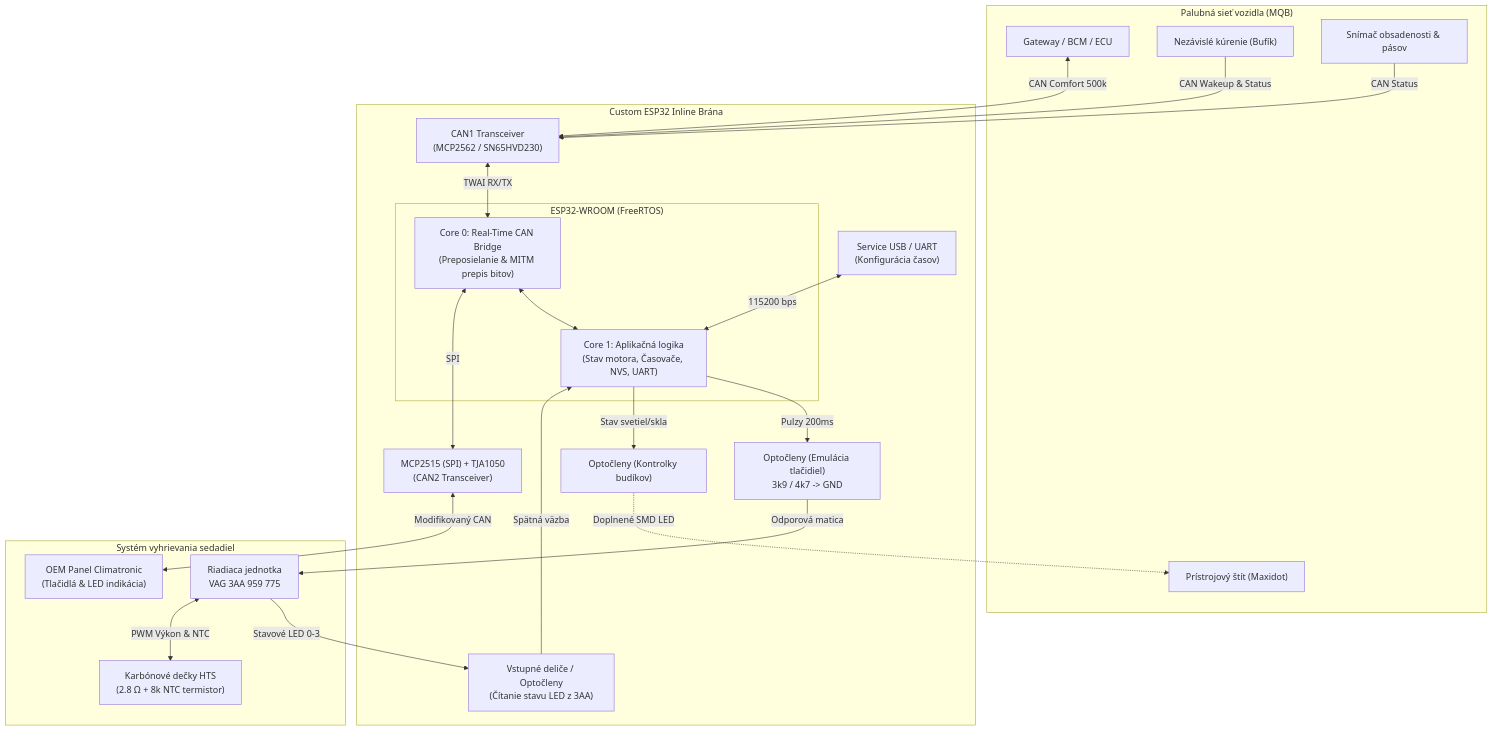
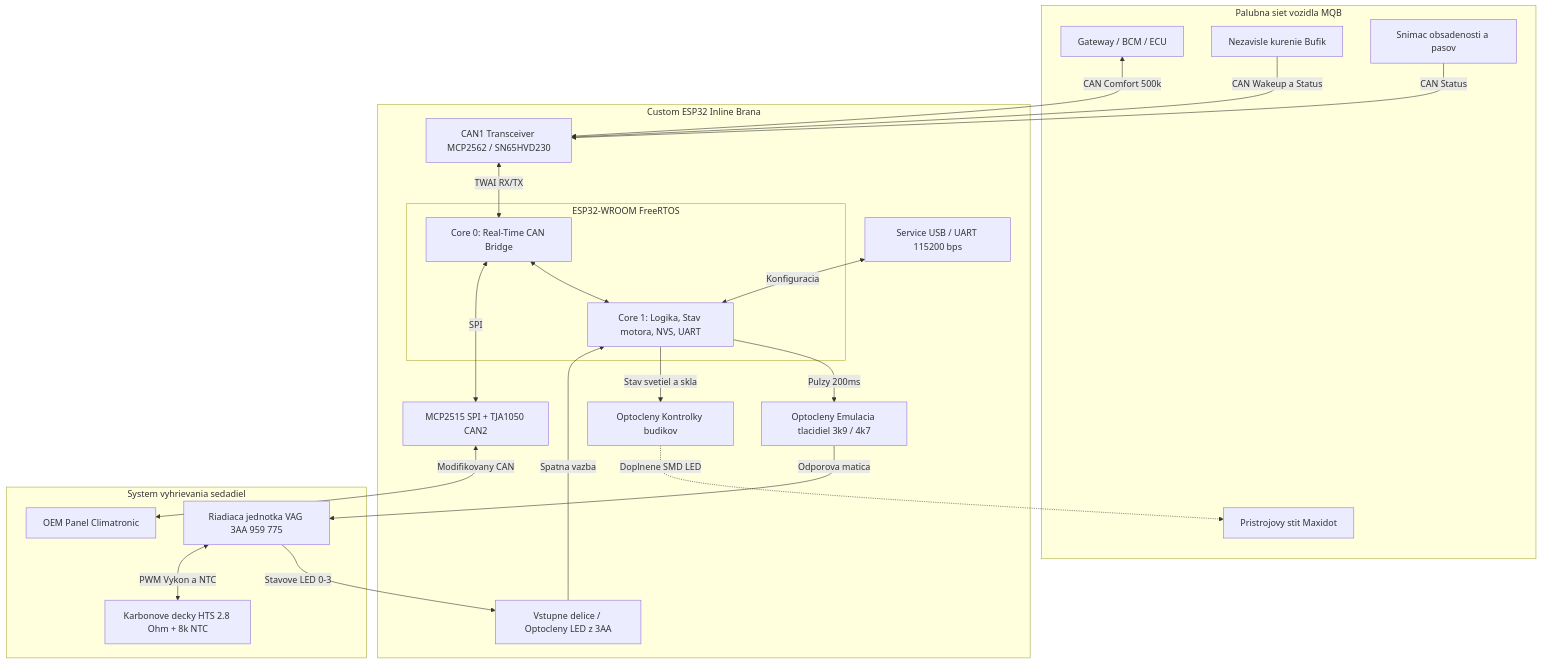
The diagram in README.md (stanleyptaaah/MQB-O3-CAN-Seat-Heater-Gateway), drawn with Mermaid before and after one commit.

````diff
--- a/README.md
+++ b/README.md
@@ -63,48 +63,49 @@
 ```mermaid
 flowchart TD
-    subgraph Vozidlo ["Palubná sieť vozidla (MQB)"]
+    subgraph Vozidlo["Palubna siet vozidla MQB"]
         GW["Gateway / BCM / ECU"]
-        WEB["Nezávislé kúrenie (Bufík)"]
-        SBR["Snímač obsadenosti & pásov"]
-        IPC["Prístrojový štít (Maxidot)"]
+        WEB["Nezavisle kurenie Bufik"]
+        SBR["Snimac obsadenosti a pasov"]
+        IPC["Pristrojovy stit Maxidot"]
     end
 
-    subgraph Prevodnik ["Custom ESP32 Inline Brána"]
-        TR1["CAN1 Transceiver\n(MCP2562 / SN65HVD230)"]
+    subgraph Prevodnik["Custom ESP32 Inline Brana"]
+        TR1["CAN1 Transceiver MCP2562 / SN65HVD230"]
         
-        subgraph ESP ["ESP32-WROOM (FreeRTOS)"]
-            C0["Core 0: Real-Time CAN Bridge\n(Preposielanie & MITM prepis bitov)"]
-            C1["Core 1: Aplikačná logika\n(Stav motora, Časovače, NVS, UART)"]
+        subgraph ESP["ESP32-WROOM FreeRTOS"]
+            C0["Core 0: Real-Time CAN Bridge"]
+            C1["Core 1: Logika, Stav motora, NVS, UART"]
             C0 <--> C1
         end
         
-        MCP["MCP2515 (SPI) + TJA1050\n(CAN2 Transceiver)"]
-        OPTO_BTN["Optočleny (Emulácia tlačidiel)\n3k9 / 4k7 -> GND"]
-        OPTO_LED["Vstupné deliče / Optočleny\n(Čítanie stavu LED z 3AA)"]
-        OPTO_IPC["Optočleny (Kontrolky budíkov)"]
-        UART["Service USB / UART\n(Konfigurácia časov)"]
+        MCP["MCP2515 SPI + TJA1050 CAN2"]
+        OPTO_BTN["Optocleny Emulacia tlacidiel 3k9 / 4k7"]
+        OPTO_LED["Vstupne delice / Optocleny LED z 3AA"]
+        OPTO_IPC["Optocleny Kontrolky budikov"]
+        UART["Service USB / UART 115200 bps"]
     end
 
-    subgraph Vyhrev ["Systém vyhrievania sedadiel"]
-        CLIMA["OEM Panel Climatronic\n(Tlačidlá & LED indikácia)"]
-        J3AA["Riadiaca jednotka\nVAG 3AA 959 775"]
-        PADS["Karbónové dečky HTS\n(2.8 Ω + 8k NTC termistor)"]
+    subgraph Vyhrev["System vyhrievania sedadiel"]
+        CLIMA["OEM Panel Climatronic"]
+        J3AA["Riadiaca jednotka VAG 3AA 959 775"]
+        PADS["Karbonove decky HTS 2.8 Ohm + 8k NTC"]
     end
 
     GW <-->|CAN Comfort 500k| TR1
-    WEB -->|CAN Wakeup & Status| TR1
+    WEB -->|CAN Wakeup a Status| TR1
     SBR -->|CAN Status| TR1
     TR1 <-->|TWAI RX/TX| C0
     C0 <-->|SPI| MCP
-    MCP <-->|Modifikovaný CAN| CLIMA
+    MCP <-->|Modifikovany CAN| CLIMA
 
     C1 -->|Pulzy 200ms| OPTO_BTN
-    OPTO_BTN -->|Odporová matica| J3AA
-    J3AA -->|Stavové LED 0-3| OPTO_LED
-    OPTO_LED -->|Spätná väzba| C1
+    OPTO_BTN -->|Odporova matica| J3AA
+    J3AA -->|Stavove LED 0-3| OPTO_LED
+    OPTO_LED -->|Spatna vazba| C1
 
-    J3AA <-->|PWM Výkon & NTC| PADS
-    C1 -->|Stav svetiel/skla| OPTO_IPC
-    OPTO_IPC -.->|Doplnené SMD LED| IPC
-    UART <-->|115200 bps| C1
+    J3AA <-->|PWM Vykon a NTC| PADS
+    C1 -->|Stav svetiel a skla| OPTO_IPC
+    OPTO_IPC -.->|Doplnene SMD LED| IPC
+    UART <-->|Konfiguracia| C1
+
 ```
````
